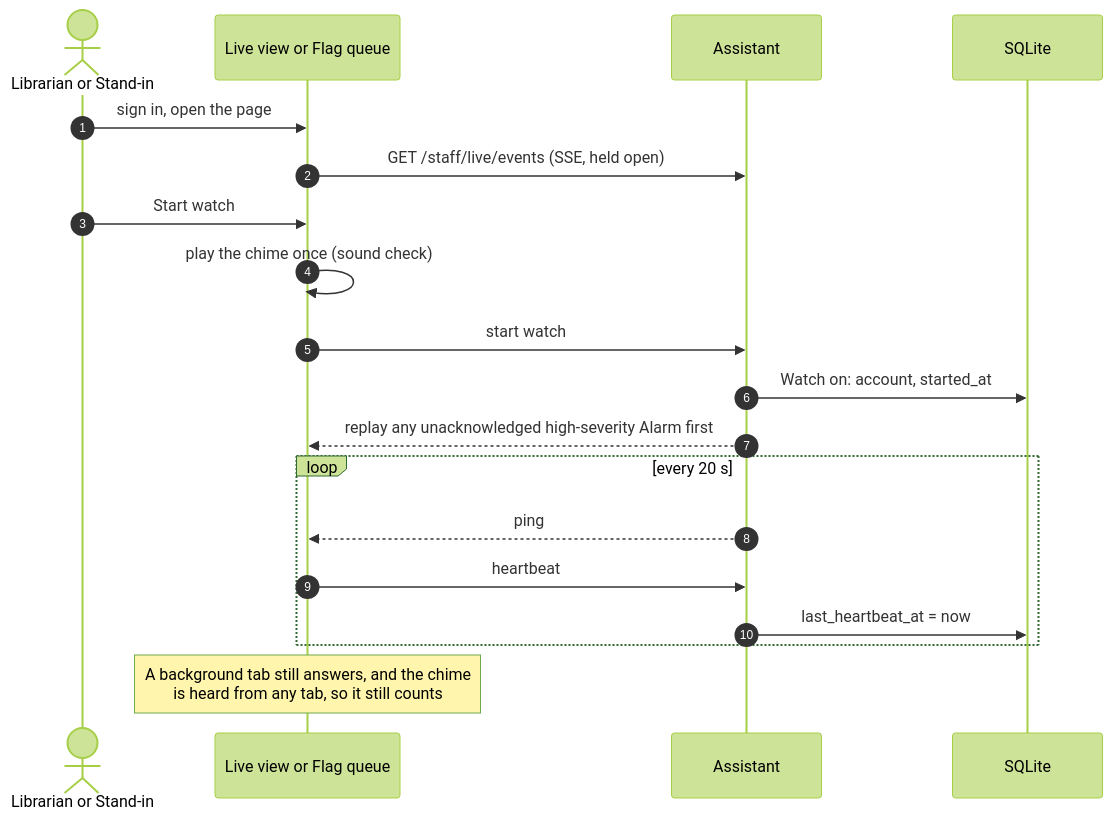
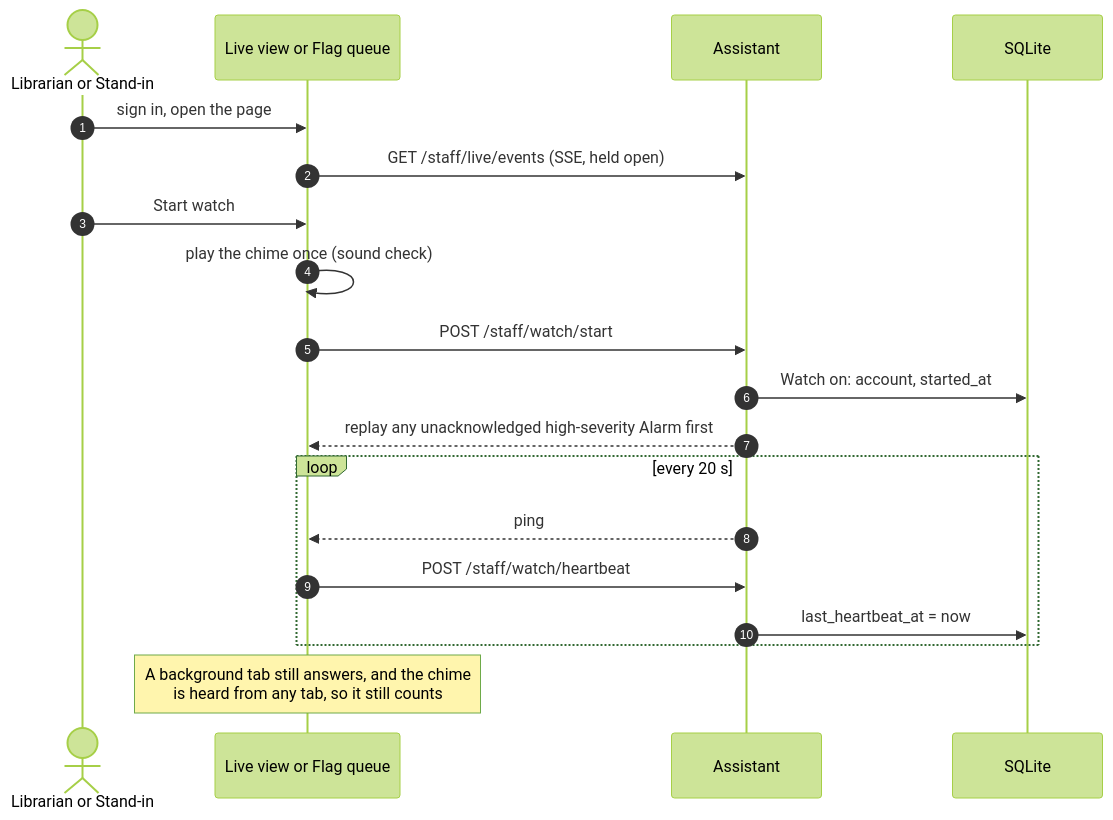
One commit to imkarrer/library-ai-lab changed the second of 5 diagrams in docs/design/watch.md. Above: the diagram before and after it, drawn with Mermaid (forest theme). The commit also changed other lines of this file and 9 other files, not shown here.

First line of the commit message:
lib-793.2: One Install-wide Watch with watchers, heartbeat, and lapse

````diff
--- a/docs/design/watch.md
+++ b/docs/design/watch.md
@@ -42,22 +45,22 @@
 ```mermaid
 sequenceDiagram
     autonumber
     actor L as Librarian or Stand-in
     participant LV as Live view or Flag queue
     participant A as Assistant
     participant DB as SQLite
 
     L->>LV: sign in, open the page
     LV->>A: GET /staff/live/events (SSE, held open)
     L->>LV: Start watch
     LV->>LV: play the chime once (sound check)
-    LV->>A: start watch
+    LV->>A: POST /staff/watch/start
     A->>DB: Watch on: account, started_at
     A-->>LV: replay any unacknowledged high-severity Alarm first
     loop every 20 s
         A-->>LV: ping
-        LV->>A: heartbeat
+        LV->>A: POST /staff/watch/heartbeat
         A->>DB: last_heartbeat_at = now
     end
     Note over LV: A background tab still answers, and the chime<br/>is heard from any tab, so it still counts
 ```
````
